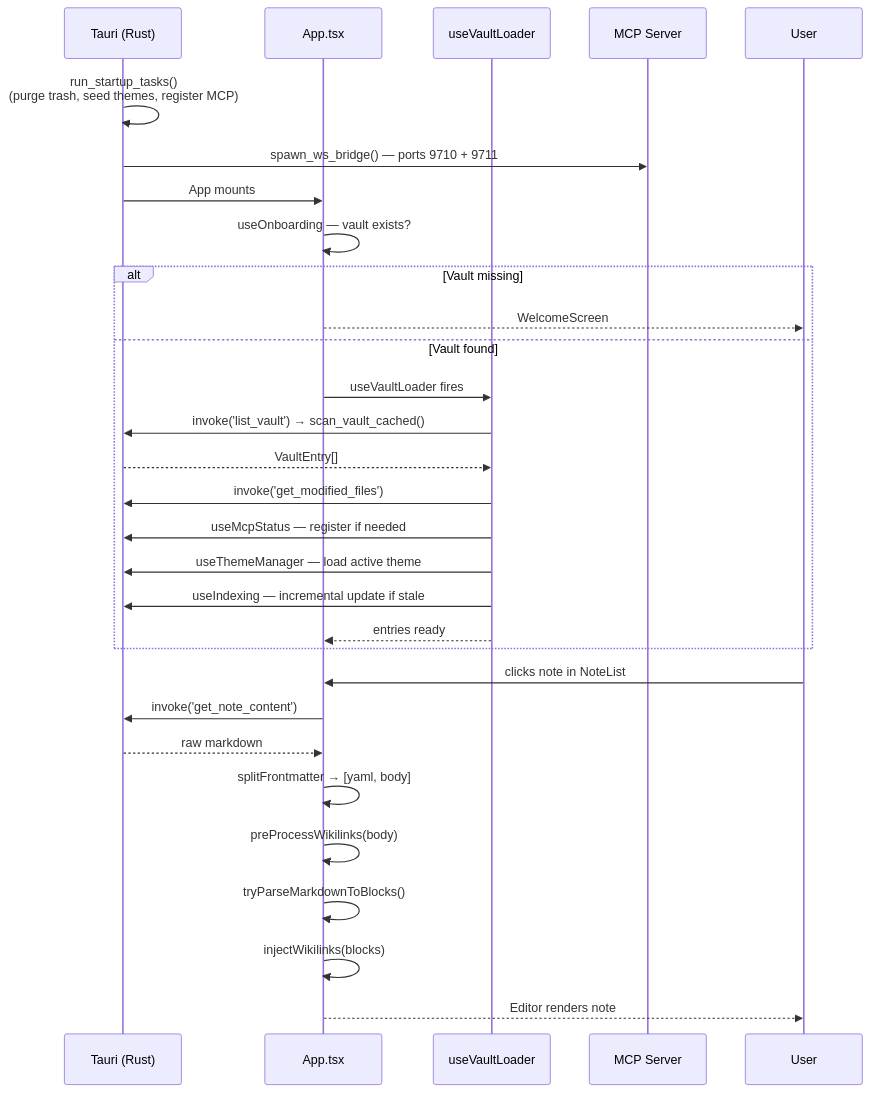
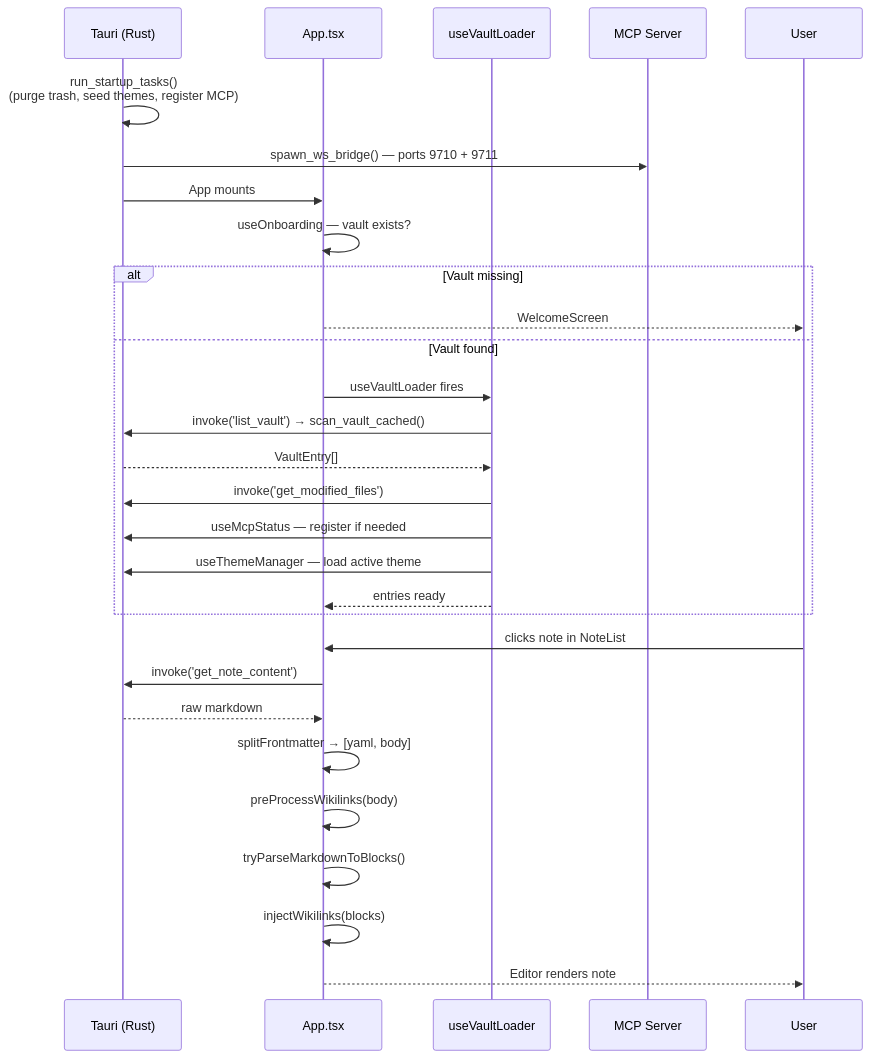
One commit to aimeritething/Fuwa changed the seventh of 9 diagrams in docs/ARCHITECTURE.md. Above: the diagram before and after it, drawn with Mermaid. The commit also changed other lines of this file and 41 other files, not shown here.

````diff
--- a/docs/ARCHITECTURE.md
+++ b/docs/ARCHITECTURE.md
@@ -514,35 +476,34 @@
 ```mermaid
 sequenceDiagram
     participant T as Tauri (Rust)
     participant A as App.tsx
     participant VL as useVaultLoader
     participant MCP as MCP Server
     participant U as User
 
     T->>T: run_startup_tasks()<br/>(purge trash, seed themes, register MCP)
     T->>MCP: spawn_ws_bridge() — ports 9710 + 9711
     T->>A: App mounts
 
     A->>A: useOnboarding — vault exists?
     alt Vault missing
         A-->>U: WelcomeScreen
     else Vault found
         A->>VL: useVaultLoader fires
         VL->>T: invoke('list_vault') → scan_vault_cached()
         T-->>VL: VaultEntry[]
         VL->>T: invoke('get_modified_files')
         VL->>T: useMcpStatus — register if needed
         VL->>T: useThemeManager — load active theme
-        VL->>T: useIndexing — incremental update if stale
         VL-->>A: entries ready
     end
 
     U->>A: clicks note in NoteList
     A->>T: invoke('get_note_content')
     T-->>A: raw markdown
     A->>A: splitFrontmatter → [yaml, body]
     A->>A: preProcessWikilinks(body)
     A->>A: tryParseMarkdownToBlocks()
     A->>A: injectWikilinks(blocks)
     A-->>U: Editor renders note
 ```
````
